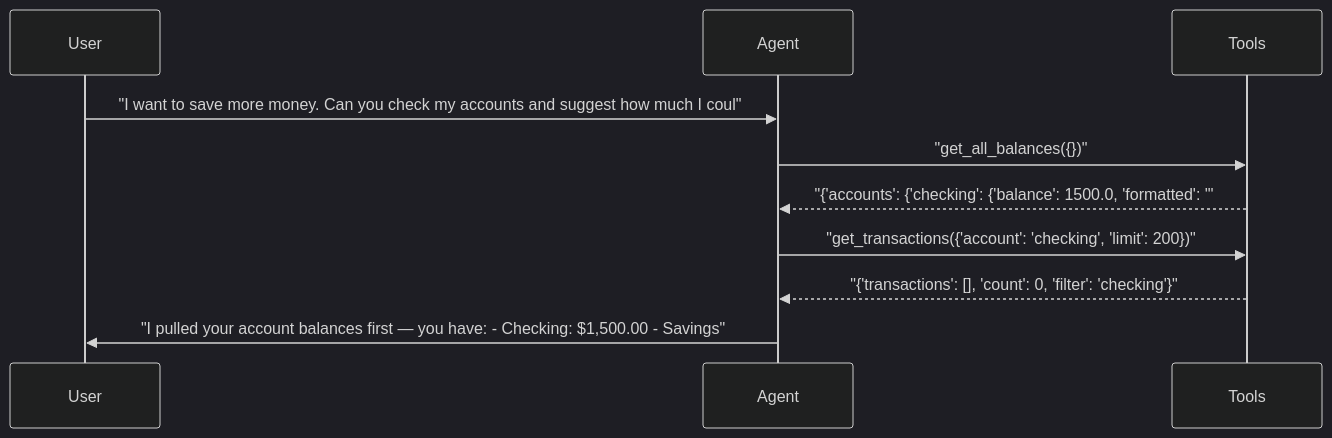
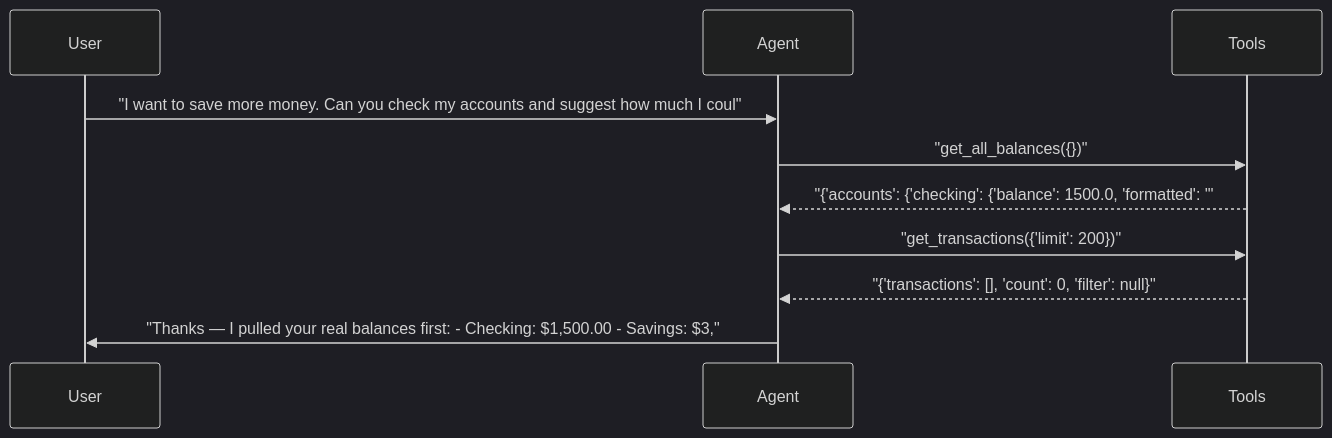
Before and after one commit to sbroenne/pytest-aitest: diagram 12 of 25 in docs/demo/hero-report.md, drawn with Mermaid (dark theme). The commit also changed other lines of this file and 22 other files, not shown here.

````diff
--- a/docs/demo/hero-report.md
+++ b/docs/demo/hero-report.md
@@ -561,13 +664,13 @@
 ```mermaid
 sequenceDiagram
     participant User
     participant Agent
     participant Tools
 
     User->>Agent: "I want to save more money. Can you check my accounts and suggest how much I coul"
     Agent->>Tools: "get_all_balances({})"
     Tools-->>Agent: "{'accounts': {'checking': {'balance': 1500.0, 'formatted': '"
-    Agent->>Tools: "get_transactions({'account': 'checking', 'limit': 200})"
-    Tools-->>Agent: "{'transactions': [], 'count': 0, 'filter': 'checking'}"
-    Agent->>User: "I pulled your account balances first — you have: - Checking: $1,500.00 - Savings"
+    Agent->>Tools: "get_transactions({'limit': 200})"
+    Tools-->>Agent: "{'transactions': [], 'count': 0, 'filter': null}"
+    Agent->>User: "Thanks — I pulled your real balances first: - Checking: $1,500.00 - Savings: $3,"
 ```
````
